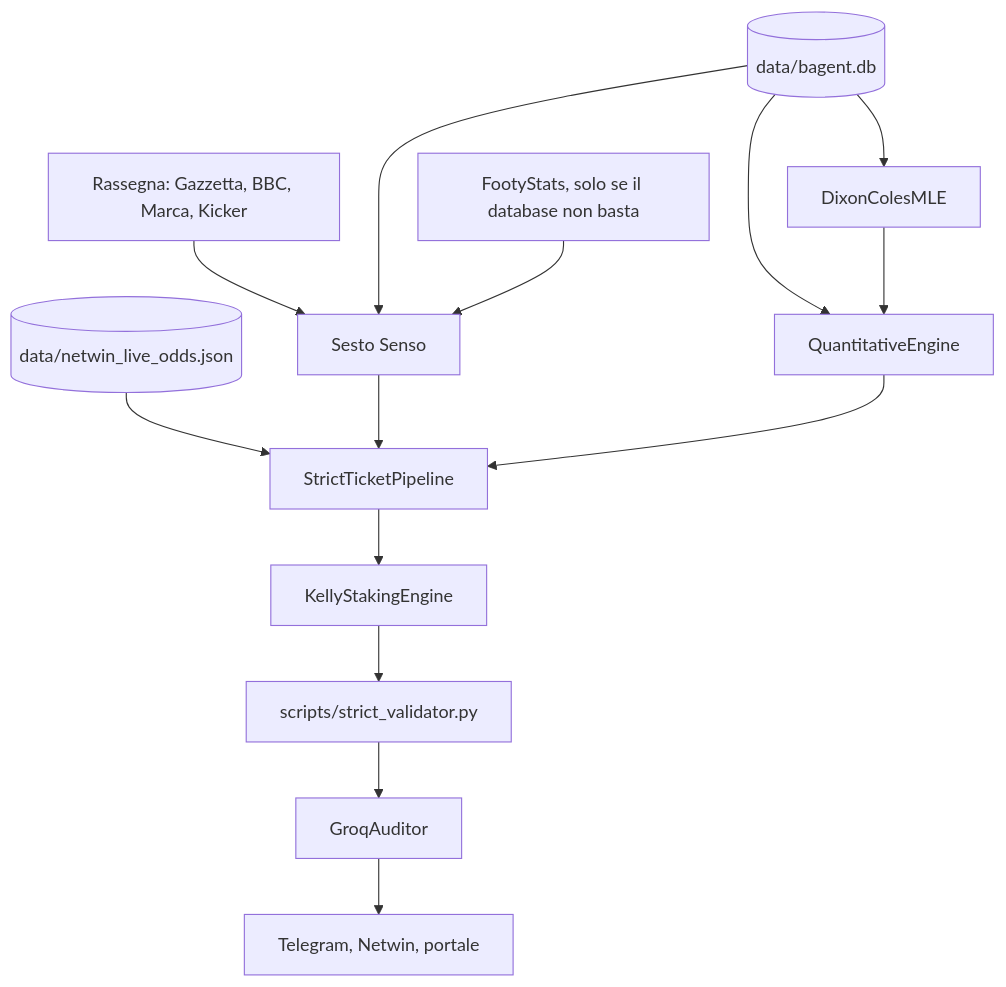
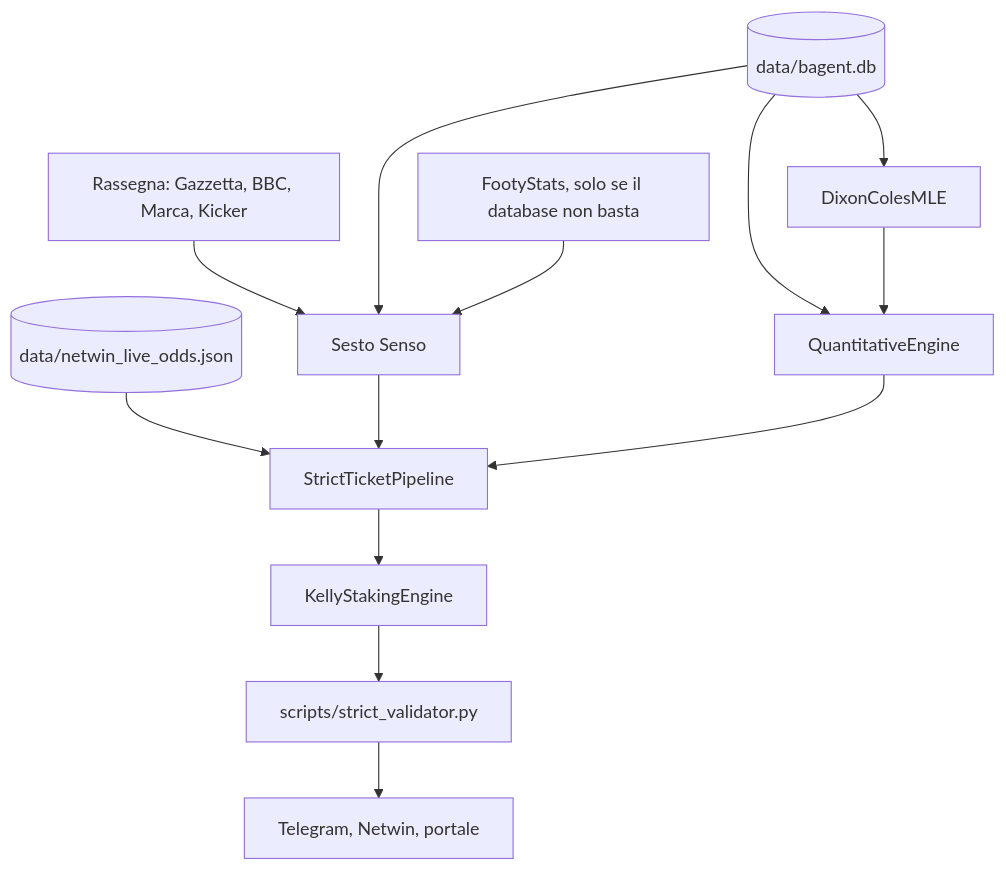
One commit to a502502502/BAgent changed the first of 2 diagrams in docs/architecture/ARCHITETTURA.md. Above: the diagram before and after it, drawn with Mermaid. The commit also changed other lines of this file and 17 other files, not shown here.

````diff
--- a/docs/architecture/ARCHITETTURA.md
+++ b/docs/architecture/ARCHITETTURA.md
@@ -9,29 +9,27 @@
 ```mermaid
 flowchart TD
   news[Rassegna: Gazzetta, BBC, Marca, Kicker]
   db[(data/bagent.db)]
   odds[(data/netwin_live_odds.json)]
   fs[FootyStats, solo se il database non basta]
   sense[Sesto Senso]
   price[QuantitativeEngine]
   mle[DixonColesMLE]
   pipe[StrictTicketPipeline]
   kelly[KellyStakingEngine]
   val[scripts/strict_validator.py]
-  groq[GroqAuditor]
   out[Telegram, Netwin, portale]
 
   news --> sense
   db --> sense
   db --> mle
   db --> price
   odds --> pipe
   fs --> sense
   sense --> pipe
   mle --> price
   price --> pipe
   pipe --> kelly
   kelly --> val
-  val --> groq
-  groq --> out
+  val --> out
 ```
````
